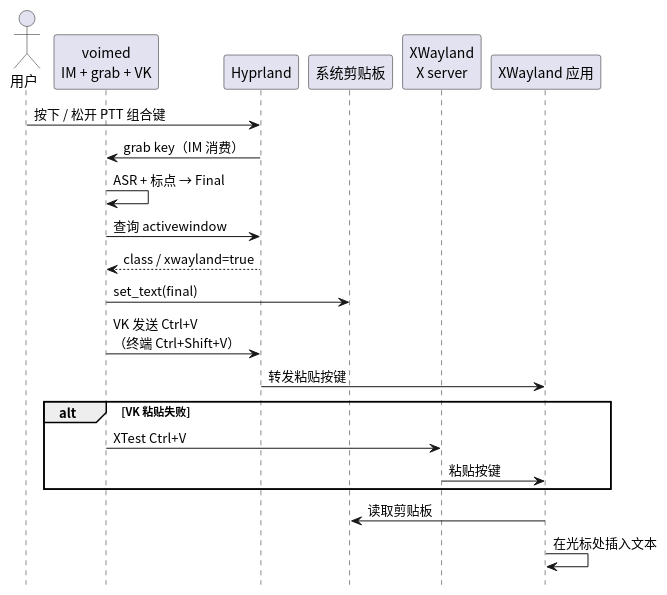
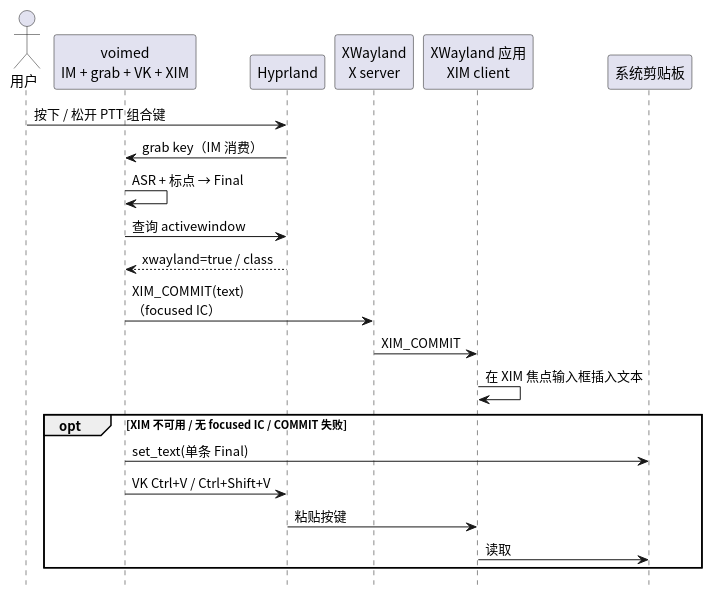
Before and after one commit to 54m43lJ/voime: the diagram in diagram/proposal-xwayland.puml, drawn with PlantUML. The commit also changed 31 other files, not shown here.

Commit message:
docs: XWayland 改走 XIM，剪贴板仅作兜底

```diff
--- a/diagram/proposal-xwayland.puml
+++ b/diagram/proposal-xwayland.puml
@@ -1,27 +1,29 @@
 @startuml
 skinparam defaultFontName "Noto Sans CJK SC"
 skinparam shadowing false
 hide footbox
 
 actor "用户" as User
-participant "voimed\nIM + grab + VK" as Daemon
+participant "voimed\nIM + grab + VK + XIM" as Daemon
 participant "Hyprland" as Compositor
+participant "XWayland\nX server" as Xwayland
+participant "XWayland 应用\nXIM client" as App
 participant "系统剪贴板" as Clip
-participant "XWayland\nX server" as Xwayland
-participant "XWayland 应用" as App
 
 User -> Compositor : 按下 / 松开 PTT 组合键
 Compositor -> Daemon : grab key（IM 消费）
 Daemon -> Daemon : ASR + 标点 → Final
 Daemon -> Compositor : 查询 activewindow
-Compositor --> Daemon : class / xwayland=true
-Daemon -> Clip : set_text(final)
-Daemon -> Compositor : VK 发送 Ctrl+V\n（终端 Ctrl+Shift+V）
-Compositor -> App : 转发粘贴按键
-alt VK 粘贴失败
-  Daemon -> Xwayland : XTest Ctrl+V
-  Xwayland -> App : 粘贴按键
+Compositor --> Daemon : xwayland=true / class
+
+Daemon -> Xwayland : XIM_COMMIT(text)\n（focused IC）
+Xwayland -> App : XIM_COMMIT
+App -> App : 在 XIM 焦点输入框插入文本
+
+opt XIM 不可用 / 无 focused IC / COMMIT 失败
+  Daemon -> Clip : set_text(单条 Final)
+  Daemon -> Compositor : VK Ctrl+V / Ctrl+Shift+V
+  Compositor -> App : 粘贴按键
+  App -> Clip : 读取
 end
-App -> Clip : 读取剪贴板
-App -> App : 在光标处插入文本
 @enduml
```
